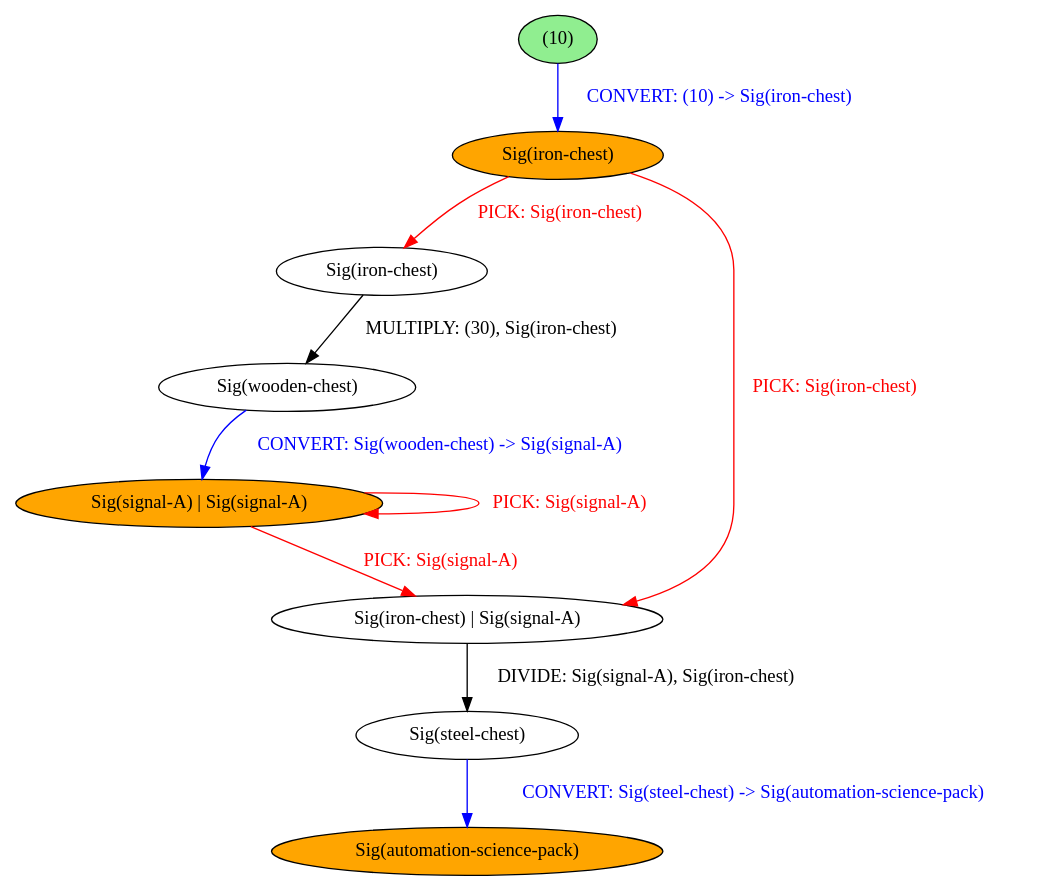
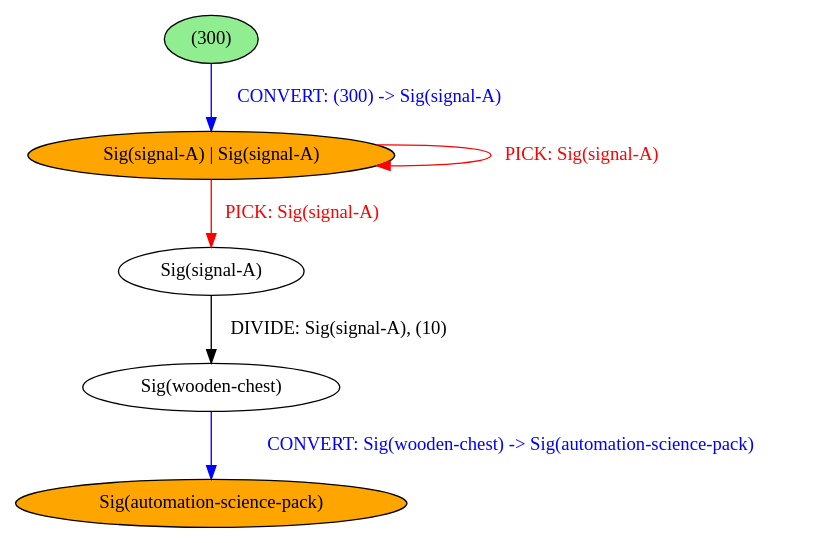
The diagram in chef/example_outputs/var_variables.dot (BalderHolst/chef), drawn with Graphviz before and after one commit. The commit also changed 2 other files, not shown here.

```diff
--- a/chef/example_outputs/var_variables.dot
+++ b/chef/example_outputs/var_variables.dot
@@ -1,20 +1,13 @@
 strict digraph {
 	nodesep=1
-	5	[style=filled fillcolor=white label="Sig(wooden-chest)"]
-	4	[style=filled fillcolor=white label="Sig(iron-chest)"]
-	7	[style=filled fillcolor=white label="Sig(steel-chest)"]
-	6	[style=filled fillcolor=white label="Sig(iron-chest) | Sig(signal-A)"]
-	1	[style=filled fillcolor=orange label="Sig(iron-chest)"]
-	0	[style=filled fillcolor=lightgreen label="(10)"]
-	2	[style=filled fillcolor=orange label="Sig(signal-A) | Sig(signal-A)"]
-	8	[style=filled fillcolor=orange label="Sig(automation-science-pack)"]
-	5 -> 2	[label="CONVERT: Sig(wooden-chest) -> Sig(signal-A)" color=blue fontcolor=blue]
-	4 -> 5	[label="MULTIPLY: (30), Sig(iron-chest)" color=black fontcolor=black]
-	7 -> 8	[label="CONVERT: Sig(steel-chest) -> Sig(automation-science-pack)" color=blue fontcolor=blue]
-	6 -> 7	[label="DIVIDE: Sig(signal-A), Sig(iron-chest)" color=black fontcolor=black]
-	1 -> 4	[label="PICK: Sig(iron-chest)" color=red fontcolor=red]
-	1 -> 6	[label="PICK: Sig(iron-chest)" color=red fontcolor=red]
-	0 -> 1	[label="CONVERT: (10) -> Sig(iron-chest)" color=blue fontcolor=blue]
-	2 -> 2	[label="PICK: Sig(signal-A)" color=red fontcolor=red]
-	2 -> 6	[label="PICK: Sig(signal-A)" color=red fontcolor=red]
+	5	[style=filled fillcolor=orange label="Sig(automation-science-pack)"]
+	4	[style=filled fillcolor=white label="Sig(wooden-chest)"]
+	1	[style=filled fillcolor=lightgreen label="(300)"]
+	0	[style=filled fillcolor=orange label="Sig(signal-A) | Sig(signal-A)"]
+	3	[style=filled fillcolor=white label="Sig(signal-A)"]
+	4 -> 5	[label="CONVERT: Sig(wooden-chest) -> Sig(automation-science-pack)" color=blue fontcolor=blue]
+	1 -> 0	[label="CONVERT: (300) -> Sig(signal-A)" color=blue fontcolor=blue]
+	0 -> 0	[label="PICK: Sig(signal-A)" color=red fontcolor=red]
+	0 -> 3	[label="PICK: Sig(signal-A)" color=red fontcolor=red]
+	3 -> 4	[label="DIVIDE: Sig(signal-A), (10)" color=black fontcolor=black]
 }
```
